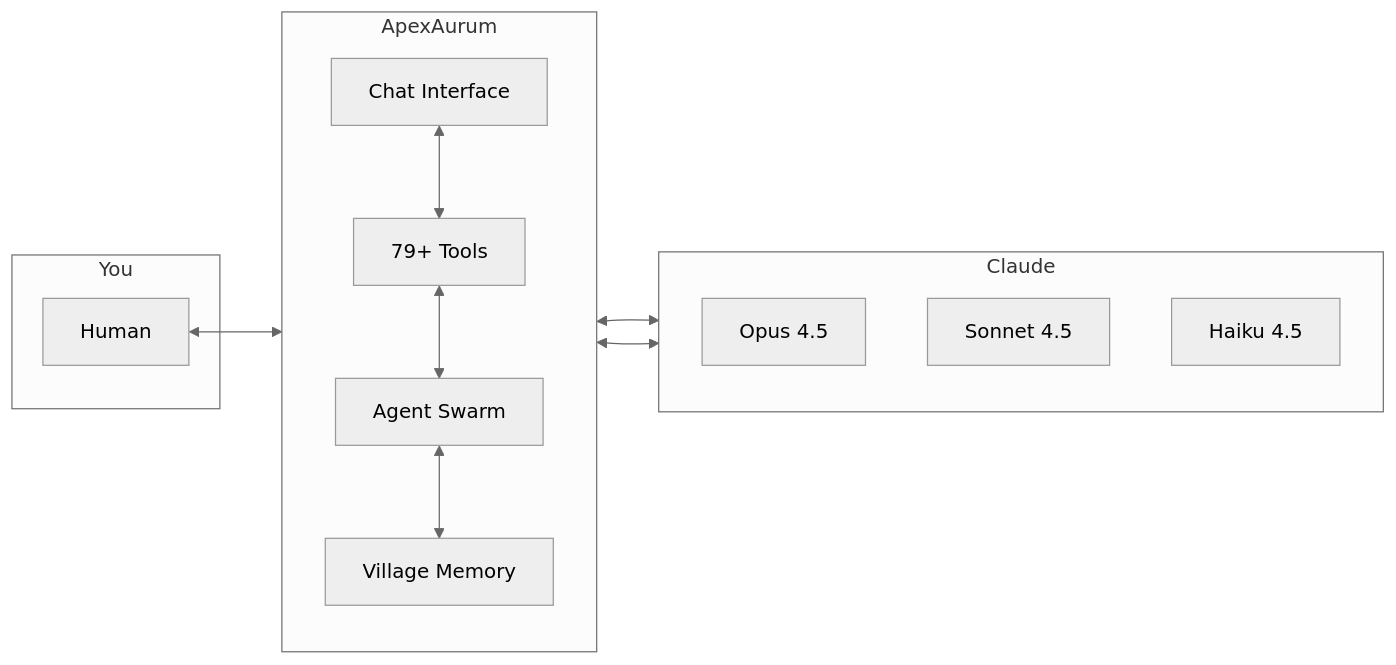
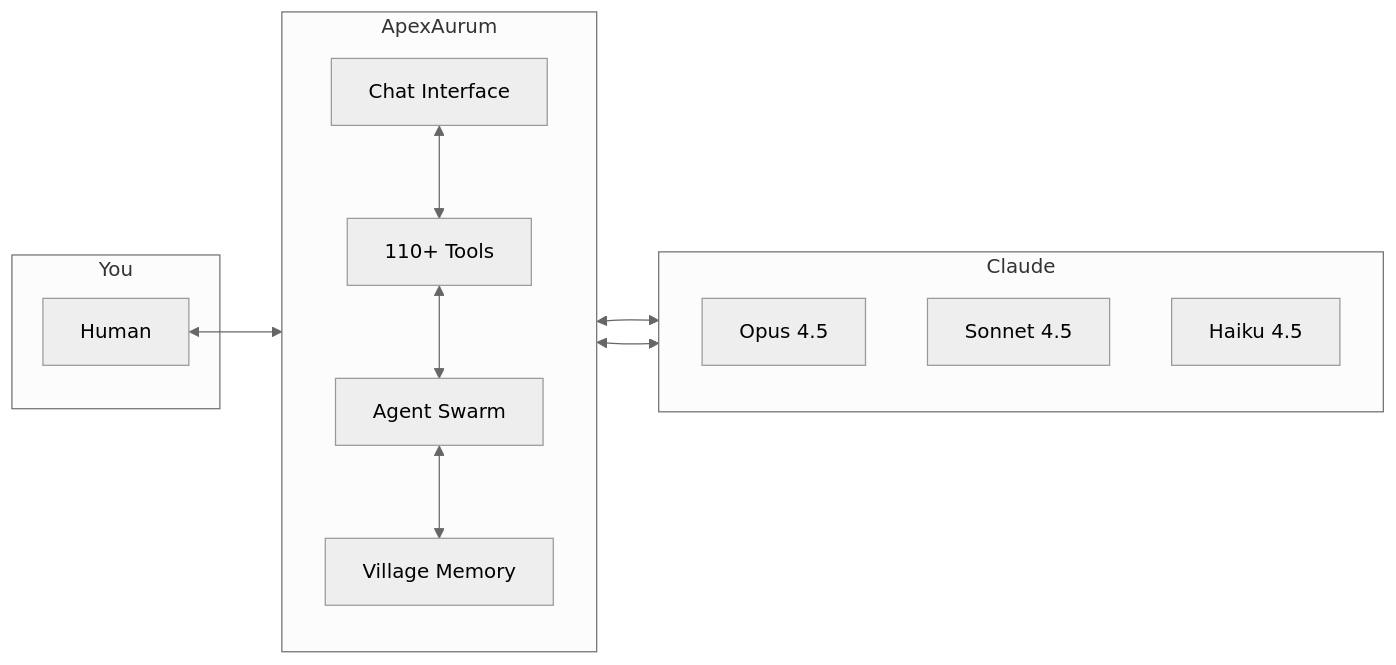
One commit to buckster123/ApexAurum changed the first of 3 diagrams in README.md. Above: the diagram before and after it, drawn with Mermaid (neutral theme). The commit also changed other lines of this file and 3 other files, not shown here.

````diff
--- a/README.md
+++ b/README.md
@@ -45,27 +45,27 @@
 ```mermaid
 flowchart LR
     subgraph YOU[You]
         HUMAN[Human]
     end
 
     subgraph APEX[ApexAurum]
         direction TB
         CHAT[Chat Interface]
-        TOOLS[79+ Tools]
+        TOOLS[110+ Tools]
         AGENTS[Agent Swarm]
         MEMORY[Village Memory]
     end
 
     subgraph AI[Claude]
         OPUS[Opus 4.5]
         SONNET[Sonnet 4.5]
         HAIKU[Haiku 4.5]
     end
 
     HUMAN <--> CHAT
     CHAT <--> TOOLS
     TOOLS <--> AGENTS
     AGENTS <--> MEMORY
     CHAT <--> AI
     AGENTS <--> AI
 ```
````
